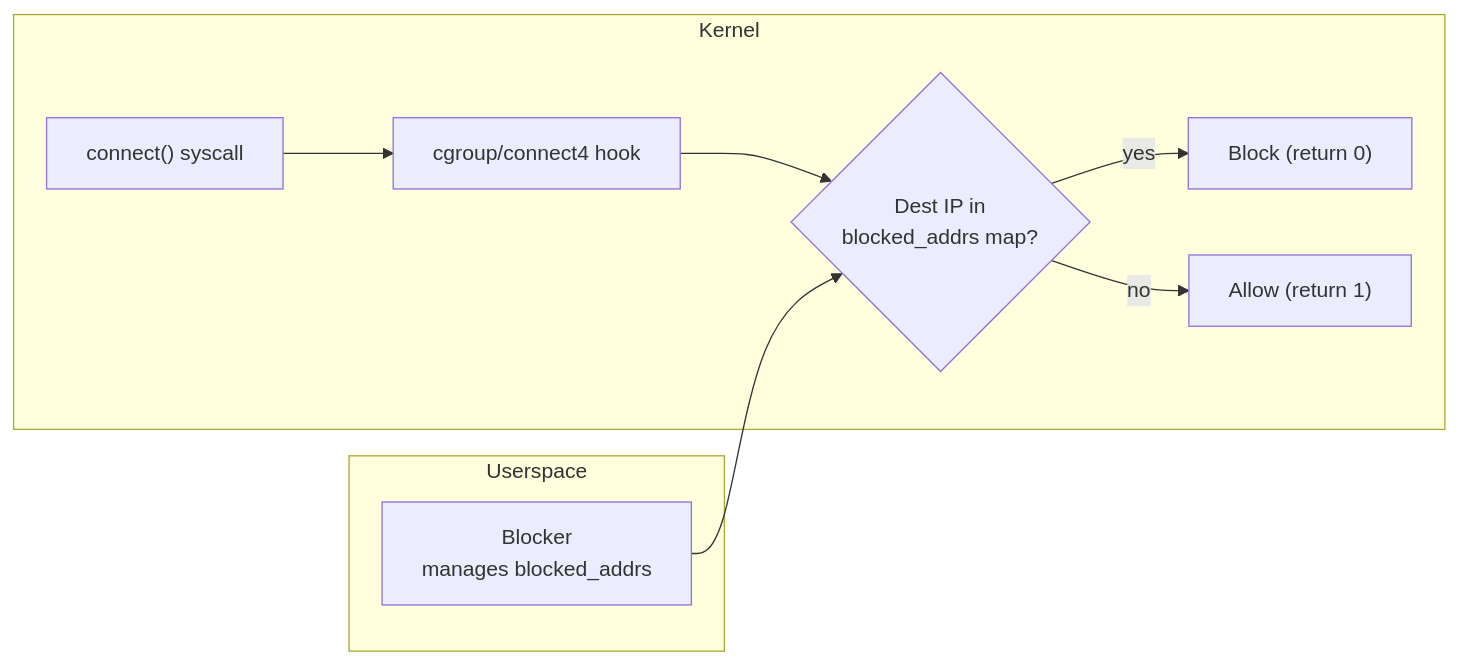
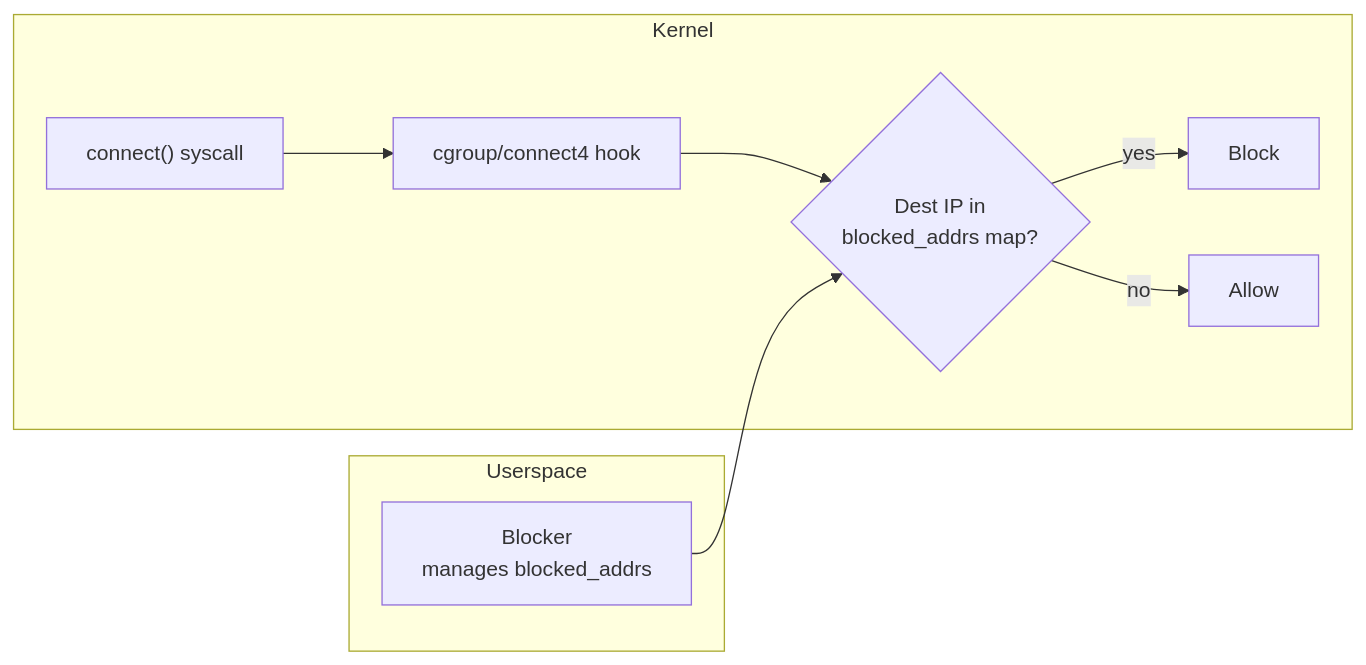
One commit to kyleseneker/tinybpf changed the diagram in examples/cgroup-connect/README.md. Above: the diagram before and after it, drawn with Mermaid. The commit also changed other lines of this file and 20 other files, not shown here.

````diff
--- a/examples/cgroup-connect/README.md
+++ b/examples/cgroup-connect/README.md
@@ -11,12 +5,12 @@
 ```mermaid
 graph LR
     subgraph Kernel
         A["connect() syscall"] --> B["cgroup/connect4 hook"]
         B --> C{"Dest IP in<br>blocked_addrs map?"}
-        C -- yes --> D["Block (return 0)"]
-        C -- no --> E["Allow (return 1)"]
+        C -- yes --> D["Block"]
+        C -- no --> E["Allow"]
     end
     subgraph Userspace
         F["Blocker<br>manages blocked_addrs"] --> C
     end
 ```
````
